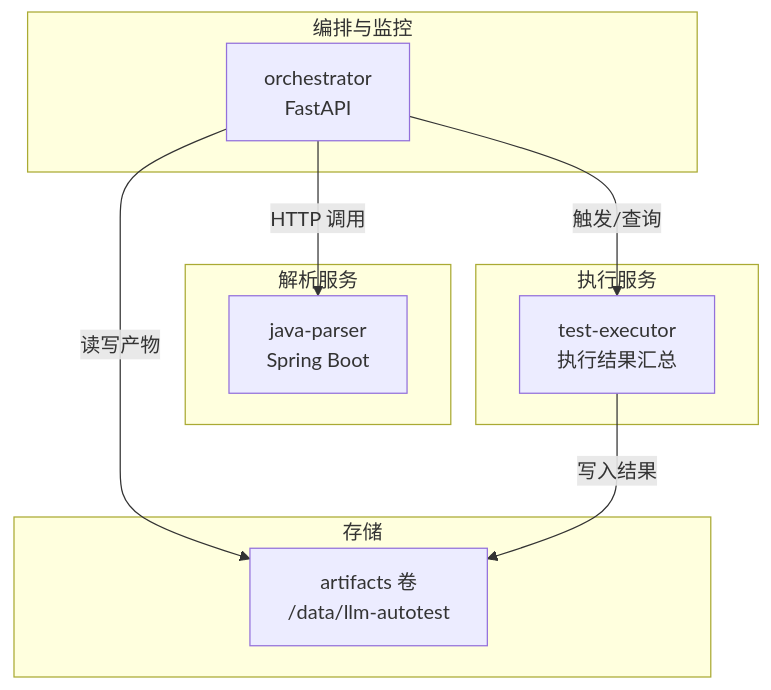
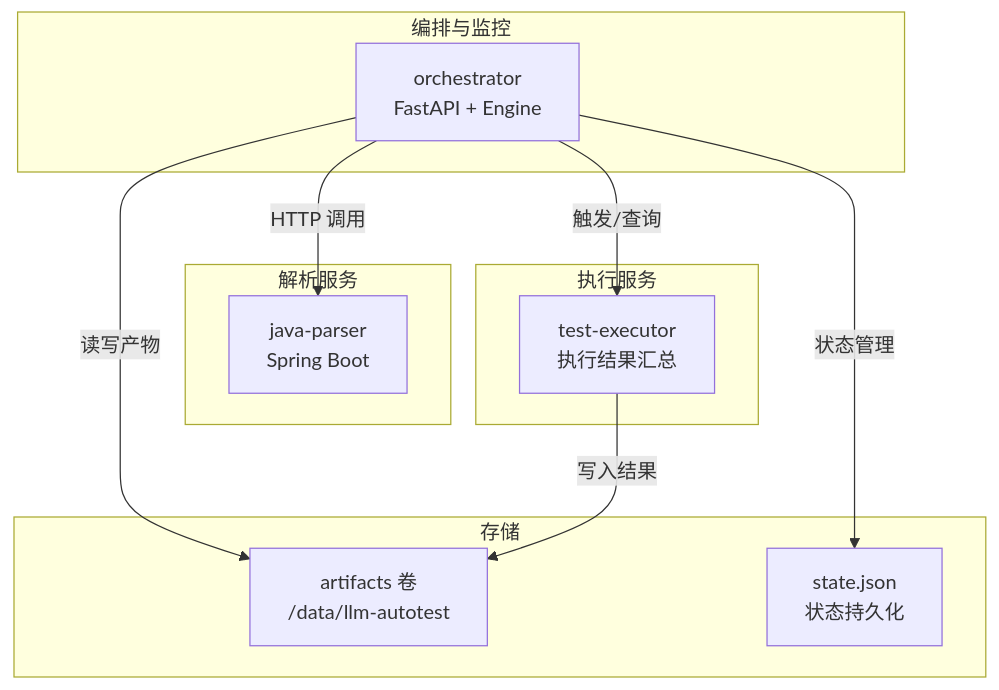
The first of 9 diagrams in .qoder/repowiki/zh/content/系统架构/流水线架构/流水线架构.md (Joeyzheng001/LLM-AutoTest), drawn with Mermaid before and after one commit. The commit also changed other lines of this file and 41 other files, not shown here.

````diff
--- a/.qoder/repowiki/zh/content/系统架构/流水线架构/流水线架构.md
+++ b/.qoder/repowiki/zh/content/系统架构/流水线架构/流水线架构.md
@@ -39,19 +52,21 @@
 ```mermaid
 graph TB
 subgraph "编排与监控"
-ORCH["orchestrator<br/>FastAPI"]
+ORCH["orchestrator<br/>FastAPI + Engine"]
 end
 subgraph "解析服务"
 PARSER["java-parser<br/>Spring Boot"]
 end
 subgraph "执行服务"
 EXEC["test-executor<br/>执行结果汇总"]
 end
 subgraph "存储"
 ART["artifacts 卷<br/>/data/llm-autotest"]
+STATE["state.json<br/>状态持久化"]
 end
 ORCH --> |HTTP 调用| PARSER
 ORCH --> |读写产物| ART
 ORCH --> |触发/查询| EXEC
 EXEC --> |写入结果| ART
+ORCH --> |状态管理| STATE
 ```
````
